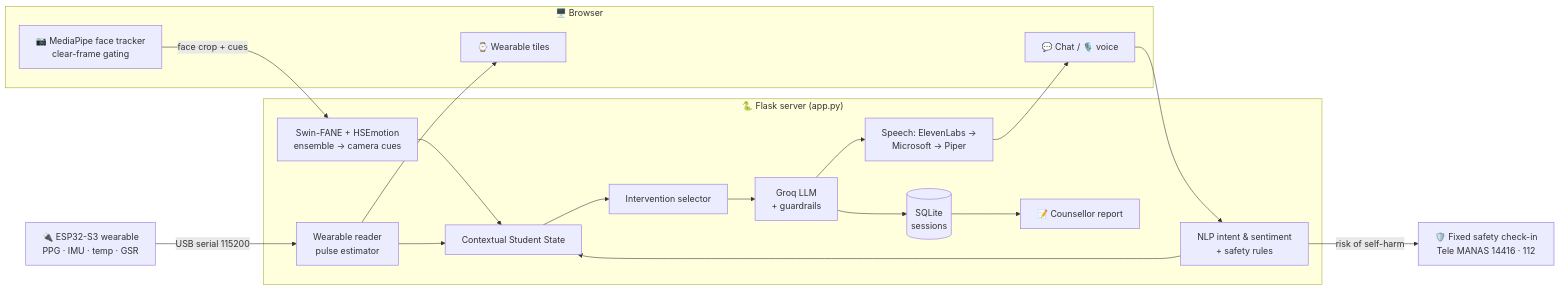
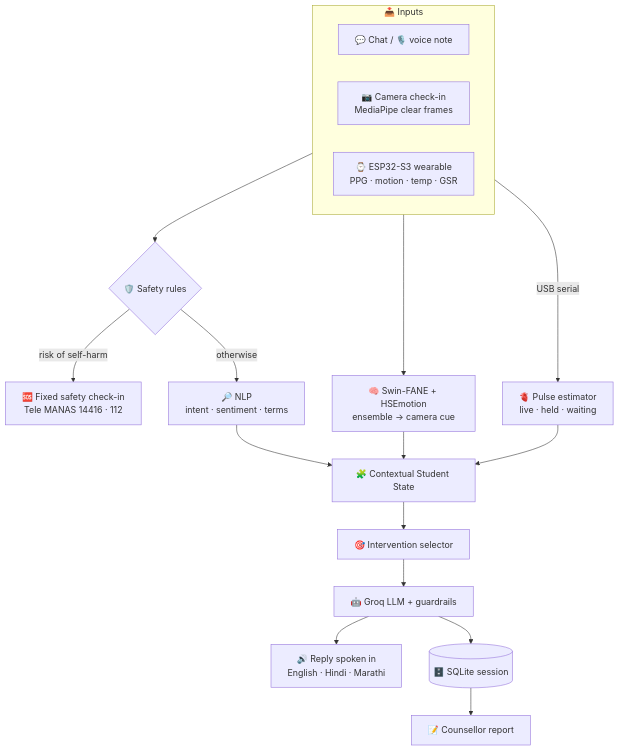
Before and after one commit to Madxfury/Context-Aware-Multimodal-Student-Support: the diagram in README.md, drawn with Mermaid.

Commit message:
README: clearer top-down architecture diagram

````diff
--- a/README.md
+++ b/README.md
@@ -130,31 +130,24 @@
 ```mermaid
-flowchart LR
-    subgraph Browser["🖥️ Browser"]
-        CAM["📷 MediaPipe face tracker<br/>clear-frame gating"]
-        CHAT["💬 Chat / 🎙️ voice"]
-        TILES["⌚ Wearable tiles"]
+flowchart TB
+    subgraph IN["📥 Inputs"]
+        direction LR
+        CHAT["💬 Chat / 🎙️ voice note"]
+        CAM["📷 Camera check-in<br/>MediaPipe clear frames"]
+        ESP["⌚ ESP32-S3 wearable<br/>PPG · motion · temp · GSR"]
     end
 
-    subgraph Server["🐍 Flask server (app.py)"]
-        VIS["Swin-FANE + HSEmotion<br/>ensemble → camera cues"]
-        NLP["NLP intent & sentiment<br/>+ safety rules"]
-        WEAR["Wearable reader<br/>pulse estimator"]
-        CSS["Contextual Student State"]
-        INT["Intervention selector"]
-        LLM["Groq LLM<br/>+ guardrails"]
-        TTS["Speech: ElevenLabs →<br/>Microsoft → Piper"]
-        DB[("SQLite<br/>sessions")]
-        REP["📝 Counsellor report"]
-    end
+    CHAT --> SAFE{"🛡️ Safety rules"}
+    SAFE -- "risk of self-harm" --> HELP["🆘 Fixed safety check-in<br/>Tele MANAS 14416 · 112"]
+    SAFE -- "otherwise" --> NLP["🔎 NLP<br/>intent · sentiment · terms"]
+    CAM --> VIS["🧠 Swin-FANE + HSEmotion<br/>ensemble → camera cue"]
+    ESP -- "USB serial" --> WEAR["🫀 Pulse estimator<br/>live · held · waiting"]
 
-    ESP["🔌 ESP32-S3 wearable<br/>PPG · IMU · temp · GSR"] -- "USB serial 115200" --> WEAR
-    CAM -- "face crop + cues" --> VIS
-    CHAT --> NLP
-    NLP -- "risk of self-harm" --> SAFE["🛡️ Fixed safety check-in<br/>Tele MANAS 14416 · 112"]
+    NLP --> CSS["🧩 Contextual Student State"]
     VIS --> CSS
-    NLP --> CSS
     WEAR --> CSS
-    WEAR --> TILES
-    CSS --> INT --> LLM --> TTS --> CHAT
-    LLM --> DB --> REP
+    CSS --> INT["🎯 Intervention selector"]
+    INT --> LLM["🤖 Groq LLM + guardrails"]
+    LLM --> TTS["🔊 Reply spoken in<br/>English · Hindi · Marathi"]
+    LLM --> DB[("🗄️ SQLite session")]
+    DB --> REP["📝 Counsellor report"]
 ```
````
